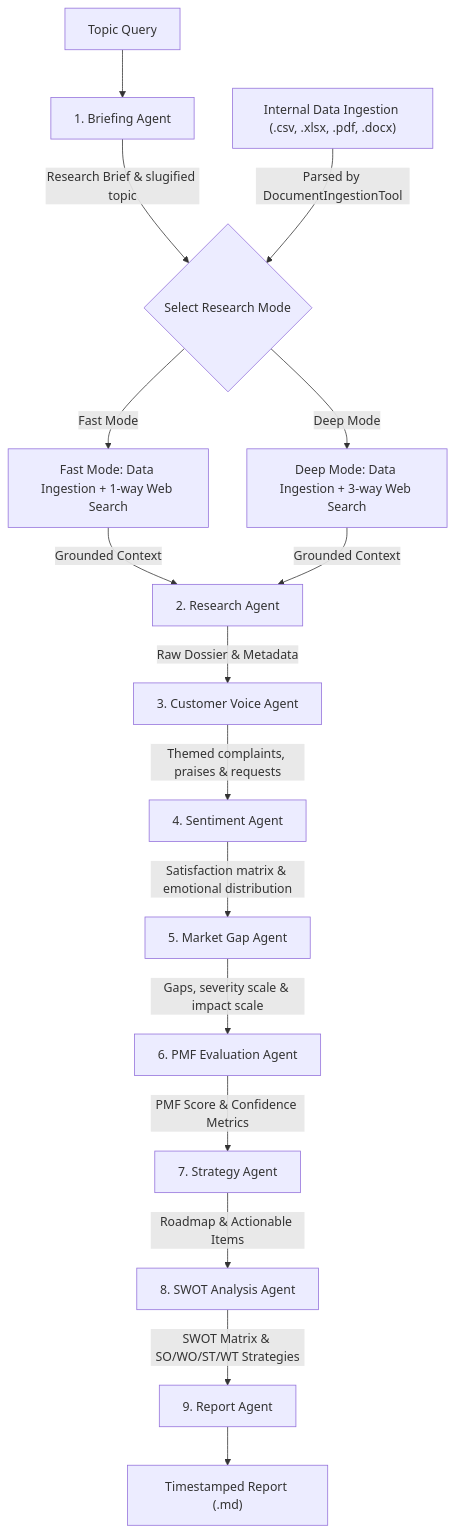
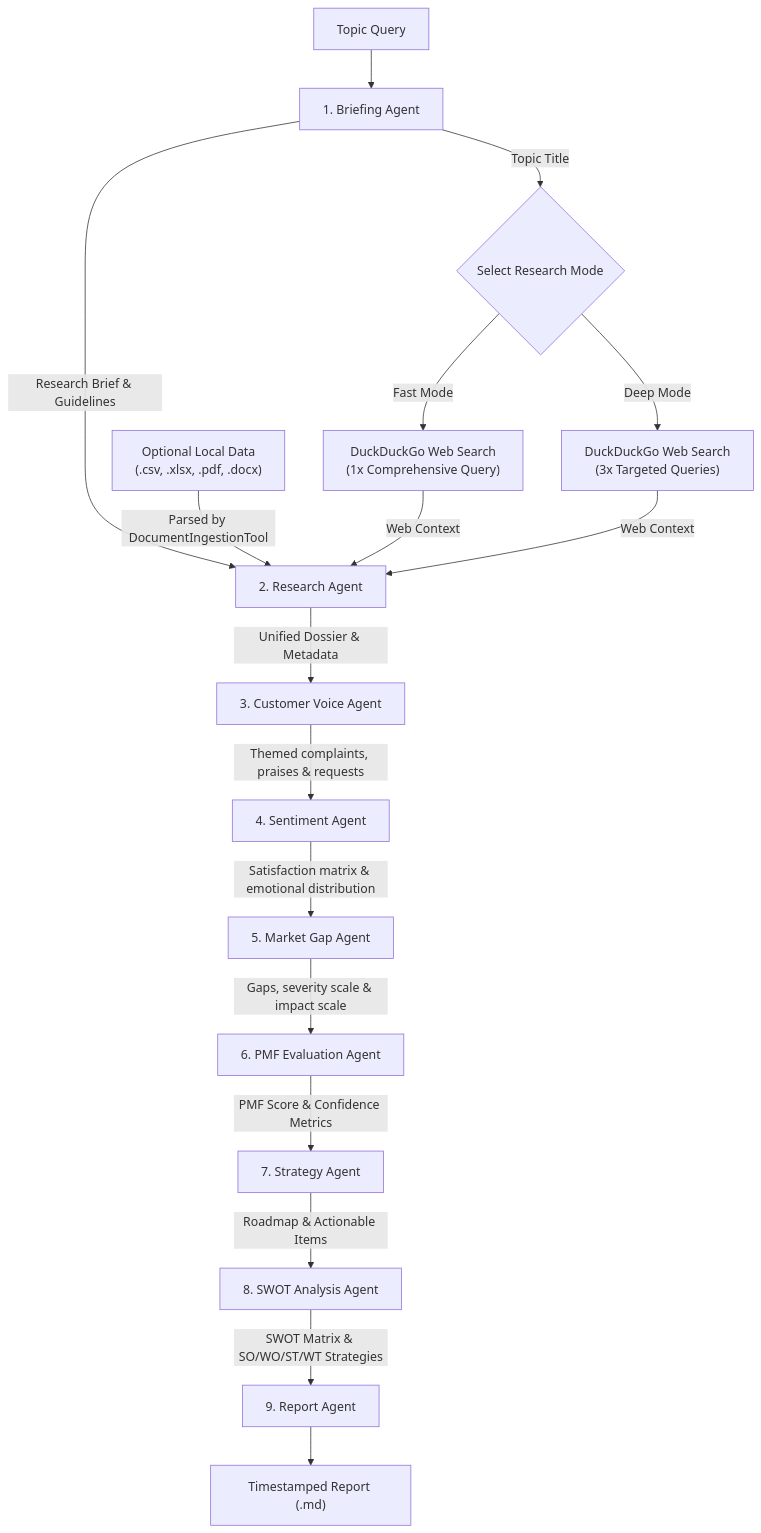
One commit to addysiddiqui7/PMFNavigator-AI changed the diagram in README.md. Above: the diagram before and after it, drawn with Mermaid.

````diff
--- a/README.md
+++ b/README.md
@@ -43,32 +43,35 @@
 ```mermaid
 graph TD
+    %% Inputs and Stage 1
     Input[Topic Query] --> Stage1[1. Briefing Agent]
-    Stage1 -->|Research Brief & slugified topic| ModeSelect{Select Research Mode}
     
-    %% Input Sources Branch (Ingests 4 possible data configurations)
-    Data["Internal Data Ingestion (.csv, .xlsx, .pdf, .docx)"] -->|Parsed by DocumentIngestionTool| ModeSelect
+    %% Stage 2 Inputs
+    Stage1 -->|Research Brief & Guidelines| Stage2[2. Research Agent]
     
-    %% Search Modes Branch (2 research modes: Fast vs. Deep)
-    ModeSelect -->|Fast Mode| Fast["Fast Mode: Data Ingestion + 1-way Web Search"]
-    ModeSelect -->|Deep Mode| Deep["Deep Mode: Data Ingestion + 3-way Web Search"]
+    %% Local Data Ingestion (Optional Input to Stage 2)
+    LocalData["Optional Local Data<br>(.csv, .xlsx, .pdf, .docx)"] -->|Parsed by DocumentIngestionTool| Stage2
     
-    %% Target Node: 1 Research Agent
-    Fast -->|Grounded Context| Stage2[2. Research Agent]
-    Deep -->|Grounded Context| Stage2
+    %% Web Search Ingestion (Fast vs Deep)
+    Stage1 -->|Topic Title| ModeSelect{Select Research Mode}
+    ModeSelect -->|Fast Mode| FastSearch["DuckDuckGo Web Search<br>(1x Comprehensive Query)"]
+    ModeSelect -->|Deep Mode| DeepSearch["DuckDuckGo Web Search<br>(3x Targeted Queries)"]
     
-    %% Research & Extraction
-    Stage2 -->|Raw Dossier & Metadata| Stage3[3. Customer Voice Agent]
+    FastSearch -->|Web Context| Stage2
+    DeepSearch -->|Web Context| Stage2
+    
+    %% Pipeline Progression
+    Stage2 -->|Unified Dossier & Metadata| Stage3[3. Customer Voice Agent]
     Stage3 -->|Themed complaints, praises & requests| Stage4[4. Sentiment Agent]
     
     %% Analysis & Opportunity
     Stage4 -->|Satisfaction matrix & emotional distribution| Stage5[5. Market Gap Agent]
     Stage5 -->|Gaps, severity scale & impact scale| Stage6[6. PMF Evaluation Agent]
     
     %% Strategy & SWOT
     Stage6 -->|PMF Score & Confidence Metrics| Stage7[7. Strategy Agent]
     Stage7 -->|Roadmap & Actionable Items| Stage8[8. SWOT Analysis Agent]
     
     %% Report Output
     Stage8 -->|SWOT Matrix & SO/WO/ST/WT Strategies| Stage9[9. Report Agent]
     Stage9 --> OutputFile["Timestamped Report (.md)"]
 ```
````
